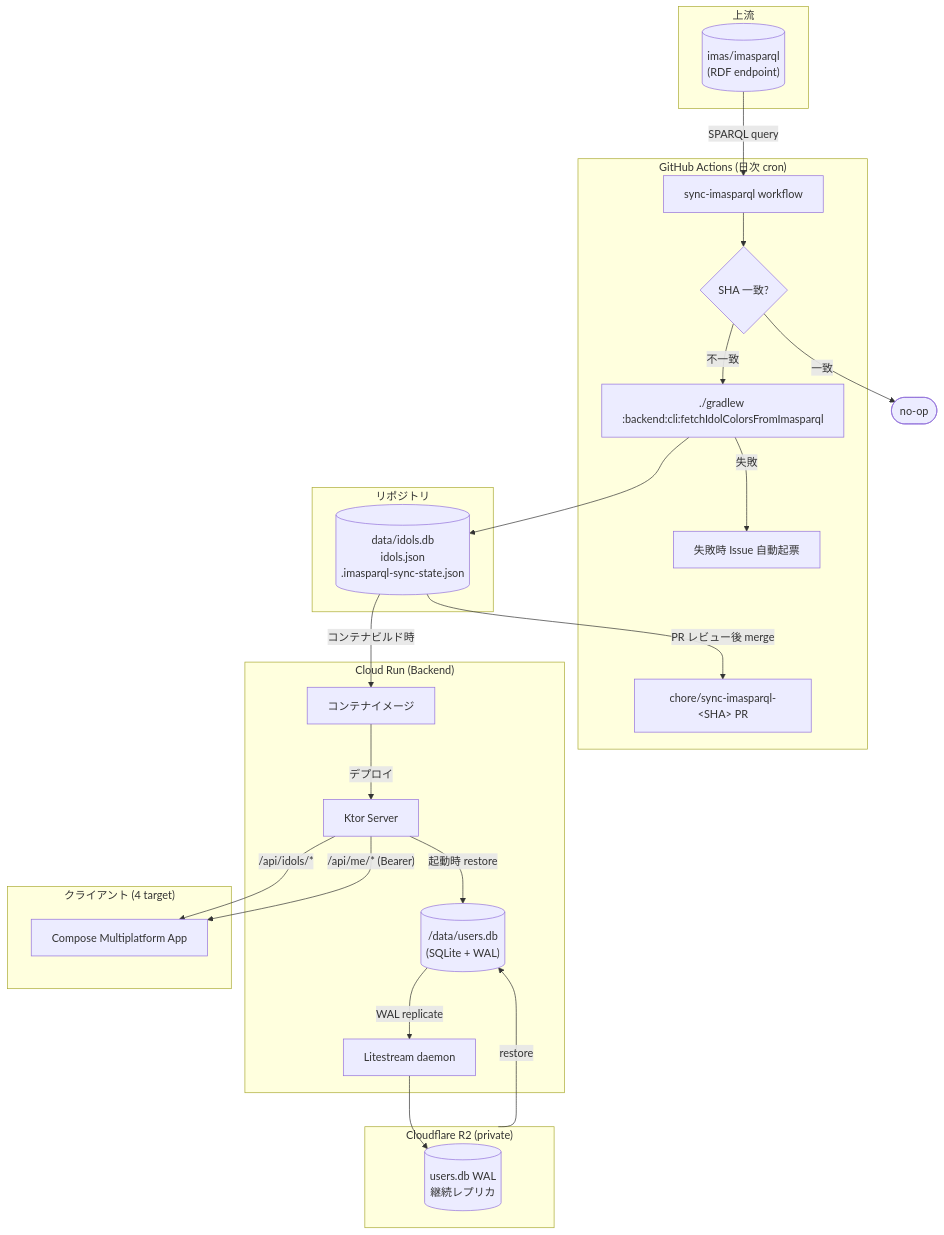
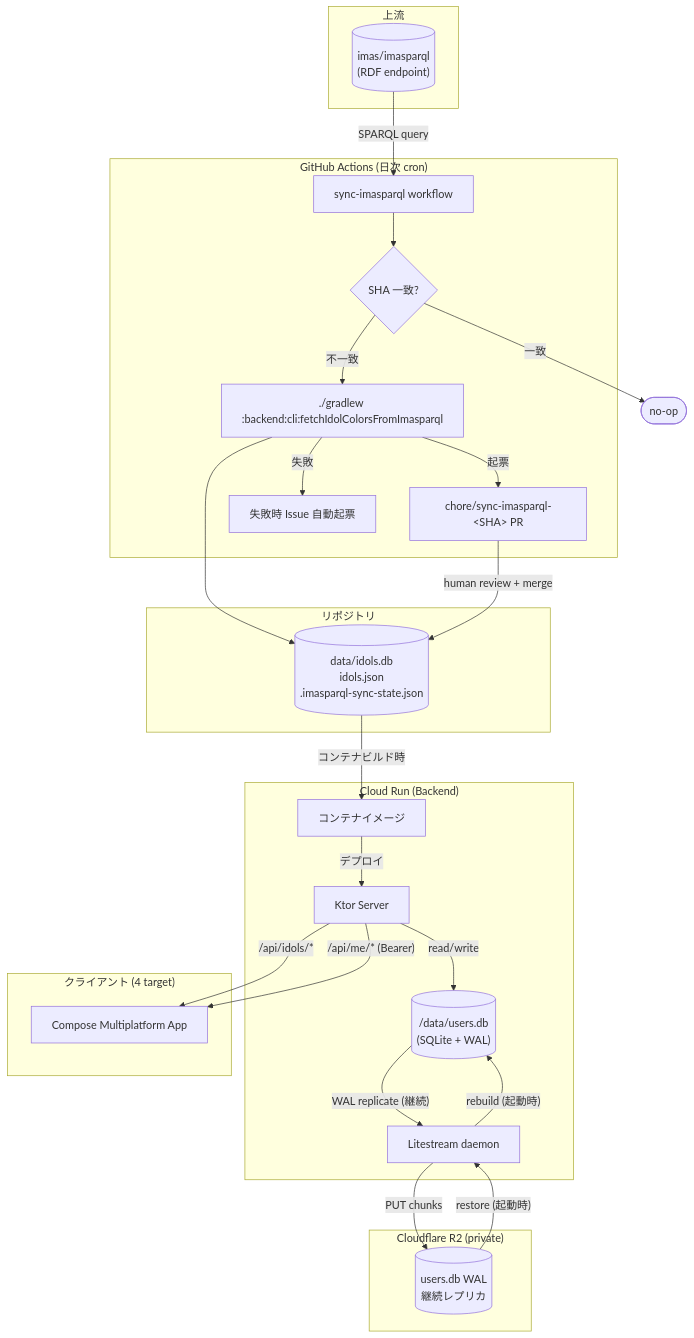
Before and after one commit to subroh0508/colormaster: the diagram in docs/architecture/data-flow.md, drawn with Mermaid. The commit also changed other lines of this file and 2 other files, not shown here.

First paragraph of the commit message:
fix(docs/architecture): code-reviewer Critical 4 件反映
code-reviewer architecture aspect が指摘した Critical 4 件を反映:

````diff
--- a/docs/architecture/data-flow.md
+++ b/docs/architecture/data-flow.md
@@ -35,49 +35,51 @@
 ```mermaid
 flowchart TB
     subgraph Upstream["上流"]
         IMSparql[("imas/imasparql\n(RDF endpoint)")]
     end
 
     subgraph CI["GitHub Actions (日次 cron)"]
         SyncJob["sync-imasparql workflow"]
         SHACheck{"SHA 一致?"}
         Fetch["./gradlew :backend:cli:fetchIdolColorsFromImasparql"]
         PR["chore/sync-imasparql-&lt;SHA&gt; PR"]
         Issue["失敗時 Issue 自動起票"]
     end
 
     subgraph Repo["リポジトリ"]
         IdolsDb[("data/idols.db\nidols.json\n.imasparql-sync-state.json")]
     end
 
     subgraph CloudRun["Cloud Run (Backend)"]
         Container["コンテナイメージ"]
         Server["Ktor Server"]
         UsersDb[("/data/users.db\n(SQLite + WAL)")]
         Litestream["Litestream daemon"]
     end
 
     subgraph R2["Cloudflare R2 (private)"]
         WAL[("users.db WAL\n継続レプリカ")]
     end
 
     subgraph Client["クライアント (4 target)"]
         ClientApp["Compose Multiplatform App"]
     end
 
     IMSparql --SPARQL query--> SyncJob
     SyncJob --> SHACheck
     SHACheck -->|不一致| Fetch
     SHACheck -->|一致| Skip([no-op])
     Fetch --> IdolsDb
     Fetch --失敗--> Issue
-    IdolsDb --PR レビュー後 merge--> PR
+    Fetch --起票--> PR
+    PR --human review + merge--> IdolsDb
     IdolsDb --コンテナビルド時--> Container
     Container --デプロイ--> Server
-    Server --起動時 restore--> UsersDb
-    R2 --restore--> UsersDb
-    UsersDb --WAL replicate--> Litestream
-    Litestream --> WAL
+    WAL --restore (起動時)--> Litestream
+    Litestream --rebuild (起動時)--> UsersDb
+    UsersDb --WAL replicate (継続)--> Litestream
+    Litestream --PUT chunks--> WAL
+    Server --read/write--> UsersDb
     Server --/api/idols/*--> ClientApp
     Server --/api/me/* (Bearer)--> ClientApp
 ```
````
